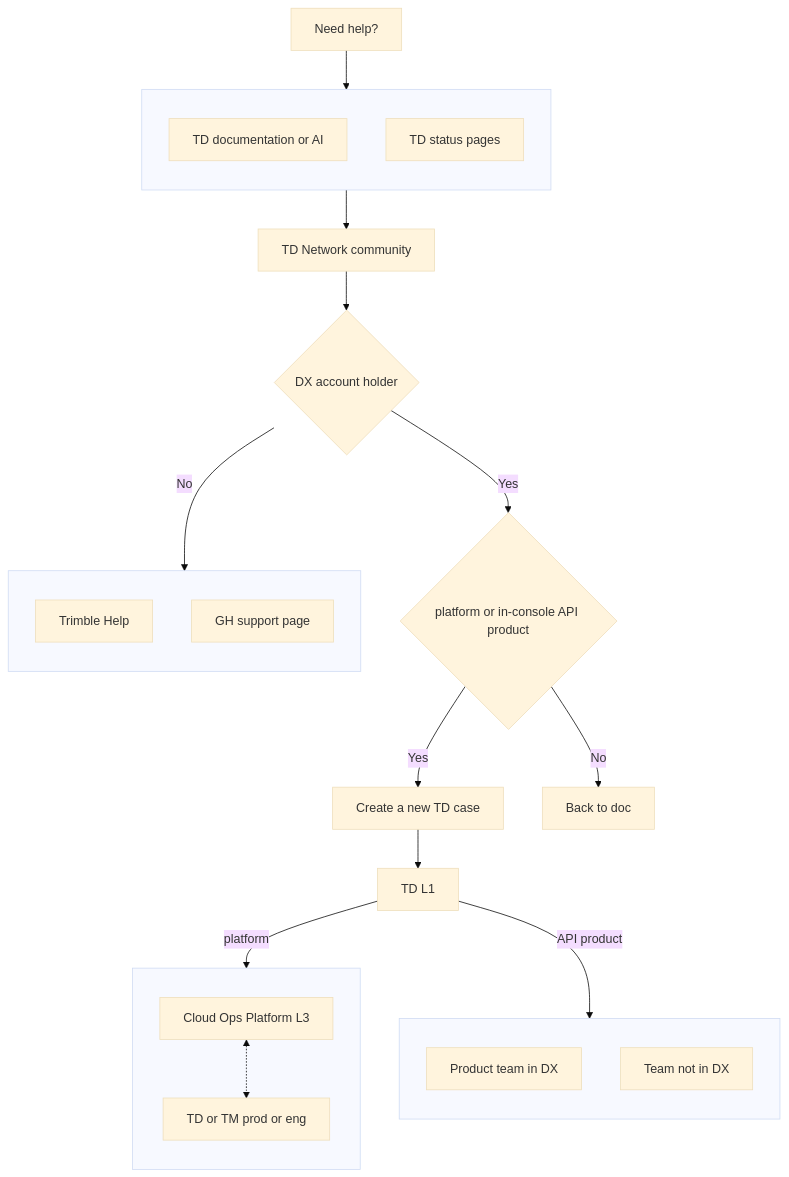
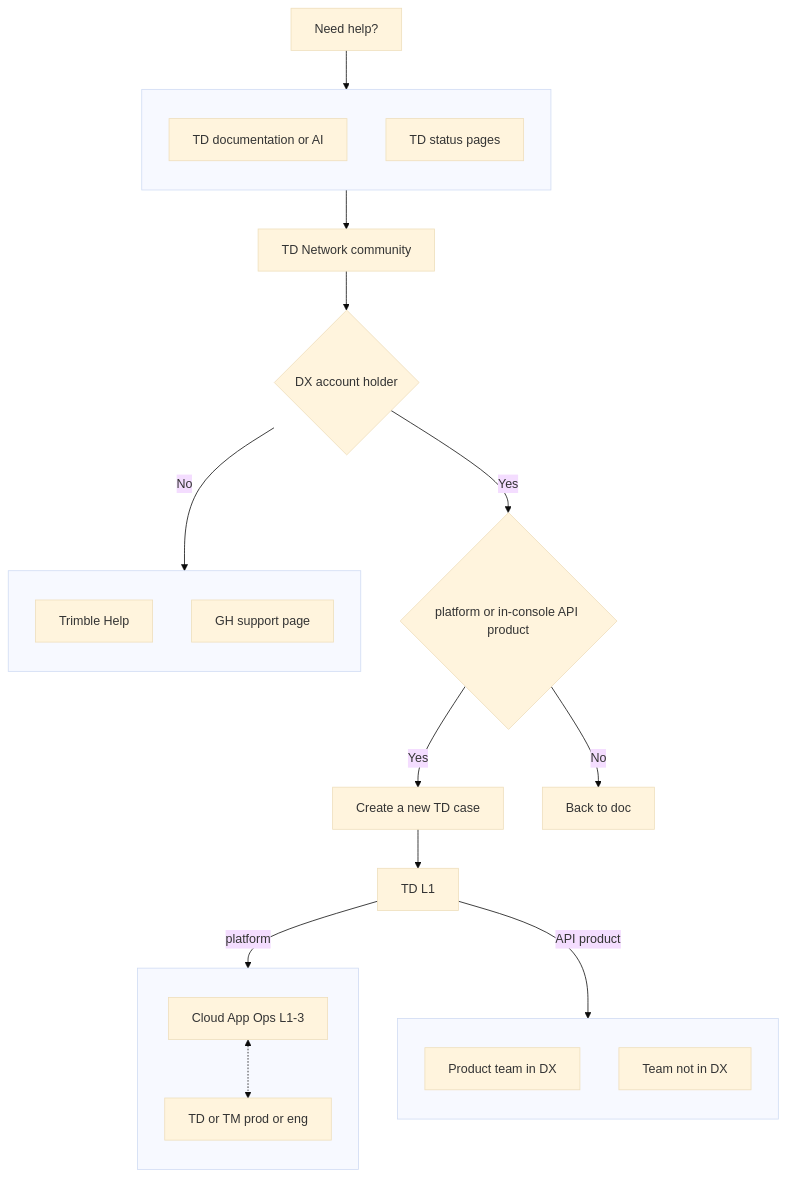
The diagram in image/developer/help.md (noel-tw/noel-tw.github.io), drawn with Mermaid (base theme) before and after one commit. The commit also changed 2 other files, not shown here.

````diff
--- a/image/developer/help.md
+++ b/image/developer/help.md
@@ -1,48 +1,48 @@
 ```mermaid
 flowchart TD
 	needhelp[Need help?]
 
 	subgraph options[" "]
 		direction TB
 		documentation["TD documentation or AI"]
 		pages["TD status pages"]
 	end
 
 	subgraph nondx[" "]
 		direction TB
 		helpportal["Trimble Help"]
 		contact["GH support page"]
 	end
 
 	needhelp --> options
 
 	community["TD Network community"]
 	dxholder{"DX account holder"}
 
 	options --> community
 	community --> dxholder
 
 	dxholder -->|Yes| casetype{"platform or in-console API product"}
 	dxholder -->|No| nondx
 
 	casetype -->|Yes| createcase["Create a new TD case"]
 	casetype -->|No| dxback["Back to doc"]
 
 	createcase --> tdl1["TD L1"]
 
 	subgraph platbranch[" "]
 		direction TB
-		cloudops["Cloud Ops Platform L3"]
+		cloudops["Cloud App Ops L1-3"]
 		tdmpl["TD or TM prod or eng"]
 		cloudops <-.-> tdmpl
 	end
 
 	subgraph apibranch[" "]
 		direction TB
 		productteam["Product team in DX"]
 		teamnotindx["Team not in DX"]
 	end
 
 	tdl1 -->|platform| platbranch
 	tdl1 -->|API product| apibranch
 ```
````
